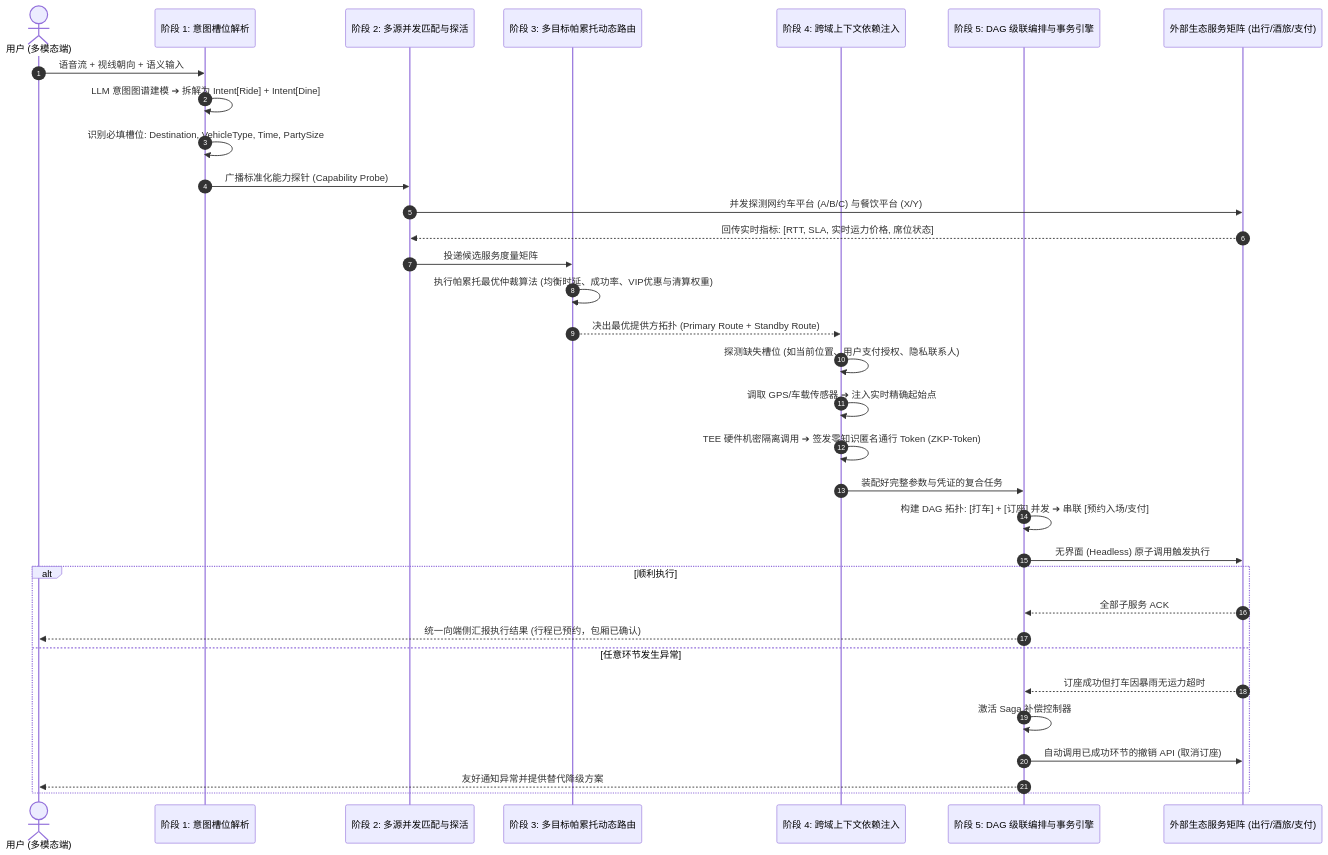
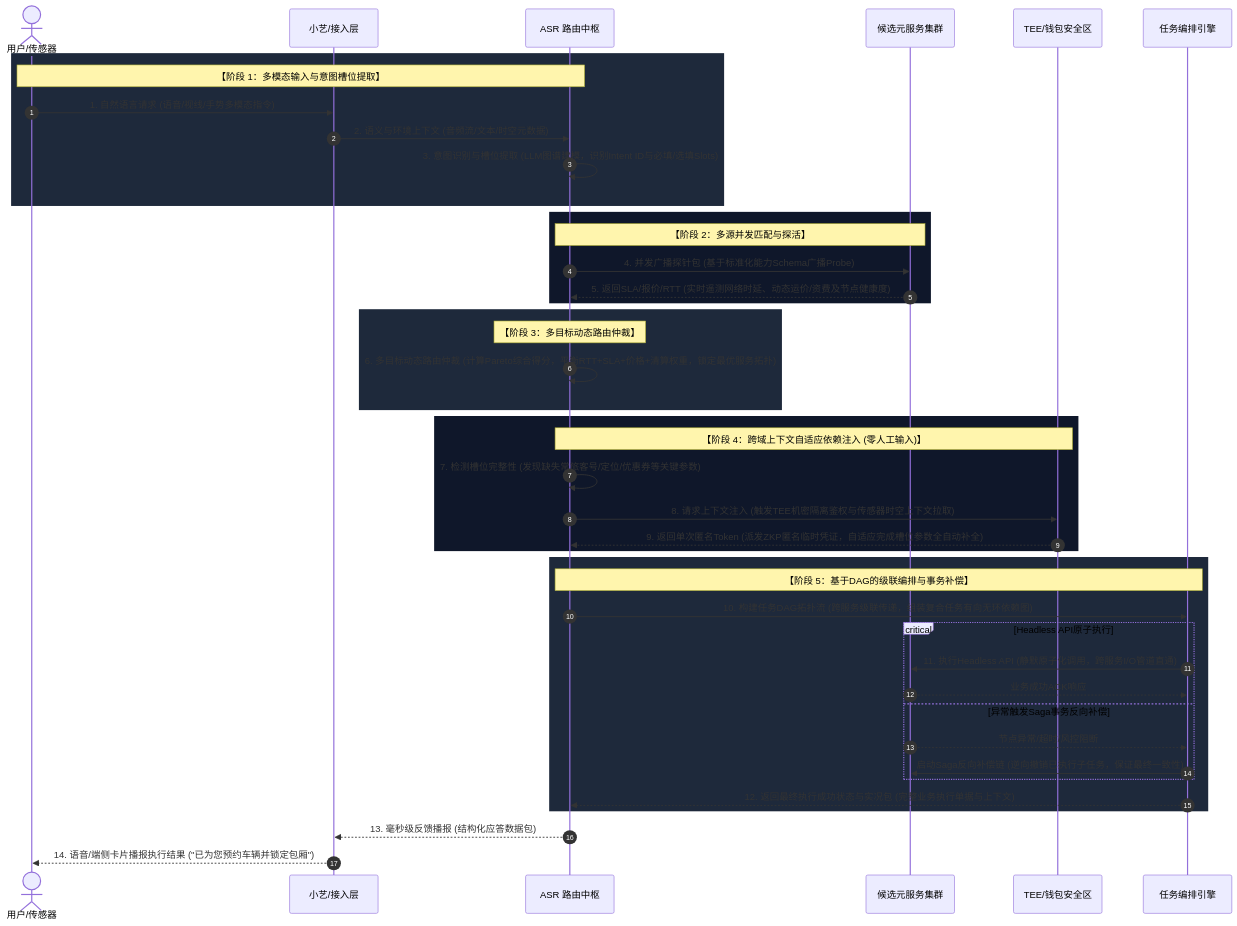
Before and after one commit to w450434204/Cursor: the seventh of 7 diagrams in ASR_PIPELINE_ARCHITECTURE.md, drawn with Mermaid. The commit also changed other lines of this file, not shown here.

Commit message:
docs: enrich end-to-end business sequence diagram with 6 participants and detailed annotations

````diff
--- a/ASR_PIPELINE_ARCHITECTURE.md
+++ b/ASR_PIPELINE_ARCHITECTURE.md
@@ -291,40 +291,59 @@
 ```mermaid
 sequenceDiagram
     autonumber
-    actor User as 用户 (多模态端)
-    participant P1 as 阶段 1: 意图槽位解析
-    participant P2 as 阶段 2: 多源并发匹配与探活
-    participant P3 as 阶段 3: 多目标帕累托动态路由
-    participant P4 as 阶段 4: 跨域上下文依赖注入
-    participant P5 as 阶段 5: DAG 级联编排与事务引擎
-    participant Ext as 外部生态服务矩阵 (出行/酒旅/支付)
+    actor User as 用户/传感器
+    participant Gateway as 小艺/接入层
+    participant ASR as ASR 路由中枢
+    participant Services as 候选元服务集群
+    participant TEE as TEE/钱包安全区
+    participant DAG as 任务编排引擎
 
-    User->>P1: 语音流 + 视线朝向 + 语义输入
-    P1->>P1: LLM 意图图谱建模 ➔ 拆解为 Intent[Ride] + Intent[Dine]
-    P1->>P1: 识别必填槽位: Destination, VehicleType, Time, PartySize
+    %% 阶段 1：自然交互与接入解析
+    rect rgb(30, 41, 59)
+    note over User, ASR: 【阶段 1：多模态输入与意图槽位提取】
+    User->>Gateway: 1. 自然语言请求 (语音/视线/手势多模态指令)
+    Gateway->>ASR: 2. 语义与环境上下文 (音频流/文本/时空元数据)
+    ASR->>ASR: 3. 意图识别与槽位提取 (LLM图谱建模，识别Intent ID与必填/选填Slots)
+    end
 
-    P1->>P2: 广播标准化能力探针 (Capability Probe)
-    P2->>Ext: 并发探测网约车平台 (A/B/C) 与餐饮平台 (X/Y)
-    Ext-->>P2: 回传实时指标: [RTT, SLA, 实时运力价格, 席位状态]
+    %% 阶段 2：多源探活与能力探测
+    rect rgb(15, 23, 42)
+    note over ASR, Services: 【阶段 2：多源并发匹配与探活】
+    ASR->>Services: 4. 并发广播探针包 (基于标准化能力Schema广播Probe)
+    Services-->>ASR: 5. 返回SLA/报价/RTT (实时遥测网络时延、动态运价/资费及节点健康度)
+    end
 
-    P2->>P3: 投递候选服务度量矩阵
-    P3->>P3: 执行帕累托最优仲裁算法 (均衡时延、成功率、VIP优惠与清算权重)
-    P3-->>P4: 决出最优提供方拓扑 (Primary Route + Standby Route)
+    %% 阶段 3：多目标动态路由仲裁
+    rect rgb(30, 41, 59)
+    note over ASR: 【阶段 3：多目标动态路由仲裁】
+    ASR->>ASR: 6. 多目标动态路由仲裁 (计算Pareto综合得分，平衡RTT+SLA+价格+清算权重，锁定最优服务拓扑)
+    end
 
-    P4->>P4: 探测缺失槽位 (如当前位置、用户支付授权、隐私联系人)
-    P4->>P4: 调取 GPS/车载传感器 ➔ 注入实时精确起始点
-    P4->>P4: TEE 硬件机密隔离调用 ➔ 签发零知识匿名通行 Token (ZKP-Token)
+    %% 阶段 4：自适应依赖注入与机密安全凭证
+    rect rgb(15, 23, 42)
+    note over ASR, TEE: 【阶段 4：跨域上下文自适应依赖注入 (零人工输入)】
+    ASR->>ASR: 7. 检测槽位完整性 (发现缺失常旅客号/定位/优惠券等关键参数)
+    ASR->>TEE: 8. 请求上下文注入 (触发TEE机密隔离鉴权与传感器时空上下文拉取)
+    TEE-->>ASR: 9. 返回单次匿名Token (派发ZKP匿名临时凭证，自适应完成槽位参数全自动补全)
+    end
 
-    P4->>P5: 装配好完整参数与凭证的复合任务
-    P5->>P5: 构建 DAG 拓扑: [打车] + [订座] 并发 ➔ 串联 [预约入场/支付]
-    P5->>Ext: 无界面 (Headless) 原子调用触发执行
-    alt 顺利执行
-        Ext-->>P5: 全部子服务 ACK
-        P5-->>User: 统一向端侧汇报执行结果 (行程已预约，包厢已确认)
-    else 任意环节发生异常
-        Ext-->>P5: 订座成功但打车因暴雨无运力超时
-        P5->>P5: 激活 Saga 补偿控制器
-        P5->>Ext: 自动调用已成功环节的撤销 API (取消订座)
-        P5-->>User: 友好通知异常并提供替代降级方案
+    %% 阶段 5：DAG任务编排与Saga事务保障
+    rect rgb(30, 41, 59)
+    note over ASR, DAG: 【阶段 5：基于DAG的级联编排与事务补偿】
+    ASR->>DAG: 10. 构建任务DAG拓扑流 (跨服务级联传递，组装复合任务有向无环依赖图)
+    
+    critical Headless API原子执行
+        DAG->>Services: 11. 执行Headless API (静默原子化调用，跨服务I/O管道直通)
+        Services-->>DAG: 业务成功ACK响应
+    option 异常触发Saga事务反向补偿
+        Services-->>DAG: 节点异常/超时/风控阻断
+        DAG->>Services: 启动Saga反向补偿链 (逆向撤销已执行子任务，保证最终一致性)
     end
+
+    DAG-->>ASR: 12. 返回最终执行成功状态与实况包 (完整业务执行单据与上下文)
+    end
+
+    %% 最终端侧闭环播报
+    ASR-->>Gateway: 13. 毫秒级反馈播报 (结构化应答数据包)
+    Gateway-->>User: 14. 语音/端侧卡片播报执行结果 ("已为您预约车辆并锁定包厢")
 ```
````
